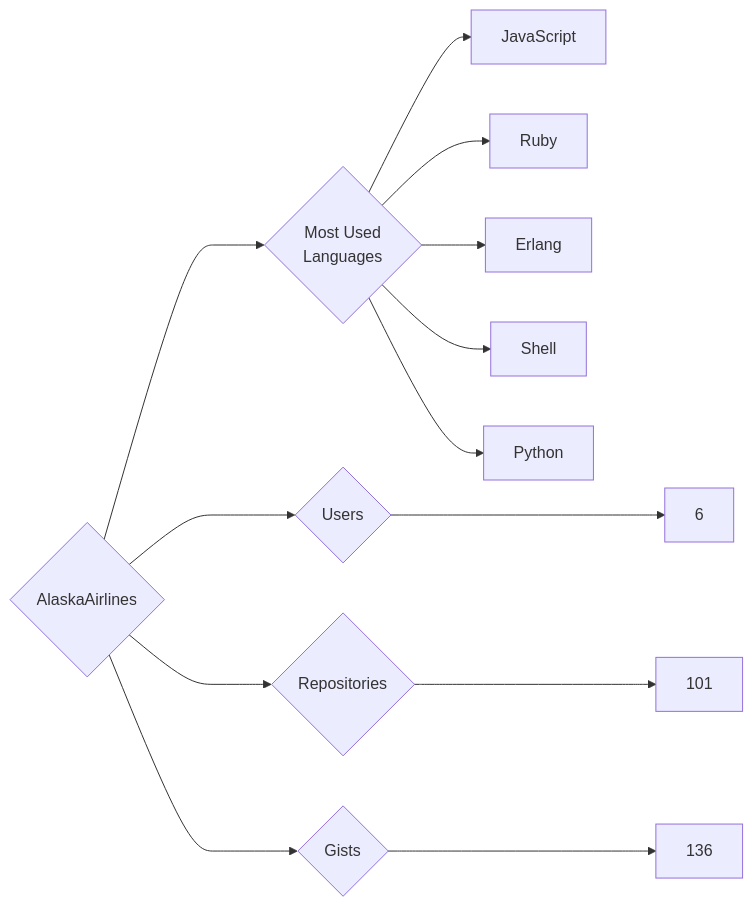
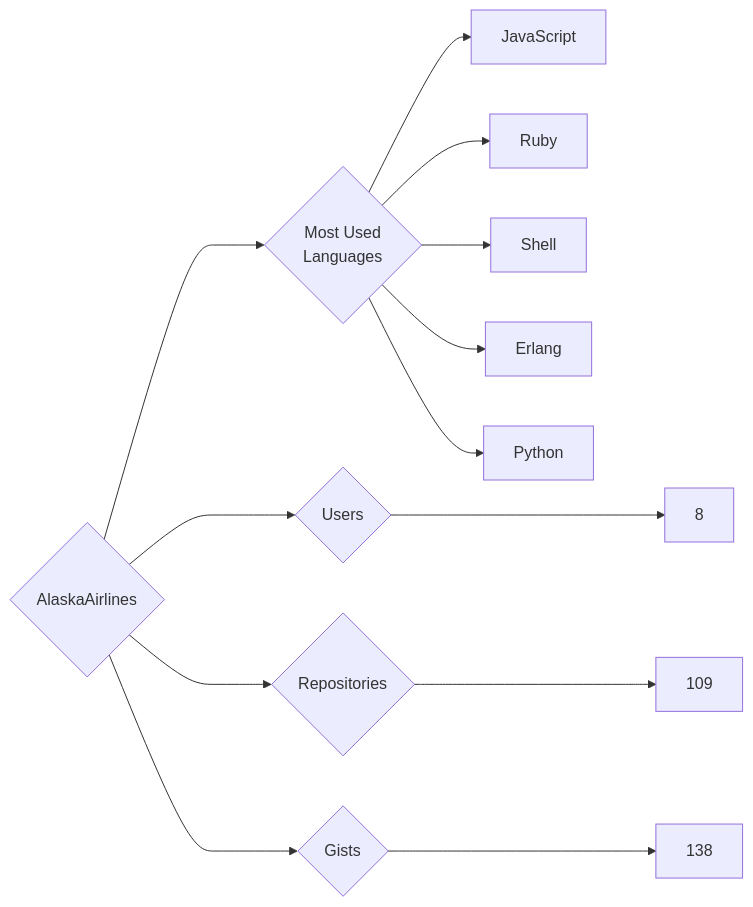
The diagram in targets/AlaskaAirlines/README.md (trickest/insiders), drawn with Mermaid before and after one commit. The commit also changed 1092 other files, not shown here.

````diff
--- a/targets/AlaskaAirlines/README.md
+++ b/targets/AlaskaAirlines/README.md
@@ -3,13 +3,13 @@
 ```mermaid
 graph LR
 COMPANY_NAME{AlaskaAirlines}
-COMPANY_NAME ---> U{Users} ---> UN[6]
-COMPANY_NAME ---> R{Repositories} ---> RN[101]
-COMPANY_NAME ---> G{Gists} ---> GN[136]
+COMPANY_NAME ---> U{Users} ---> UN[8]
+COMPANY_NAME ---> R{Repositories} ---> RN[109]
+COMPANY_NAME ---> G{Gists} ---> GN[138]
 COMPANY_NAME ---> ML{Most Used<br>Languages}
 ML --> JavaScript[JavaScript]
 ML --> Ruby[Ruby]
+ML --> Shell[Shell]
 ML --> Erlang[Erlang]
-ML --> Shell[Shell]
 ML --> Python[Python]
 ```
````
